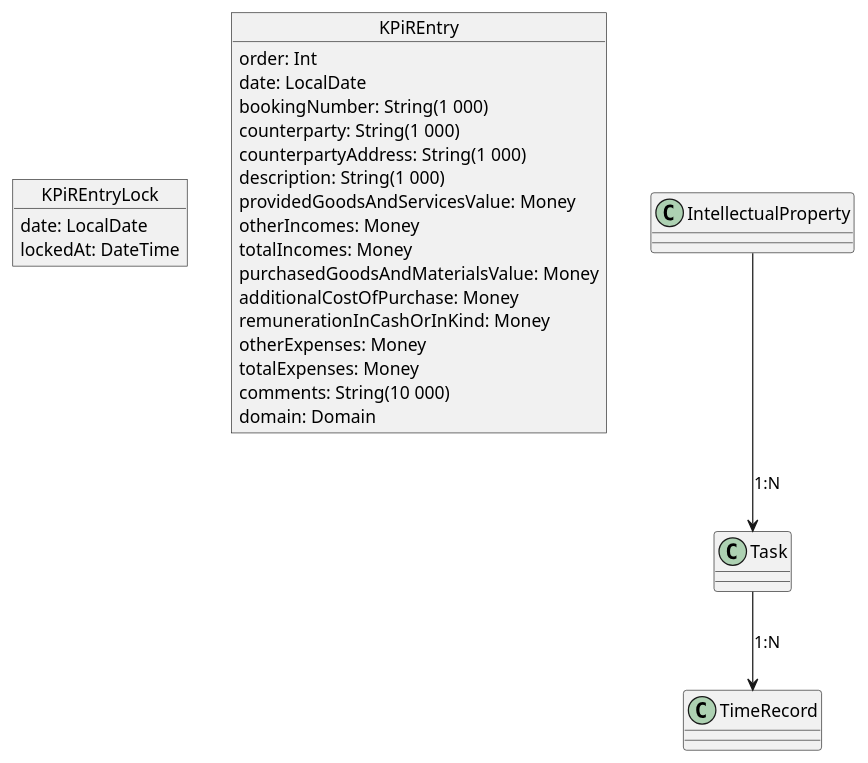
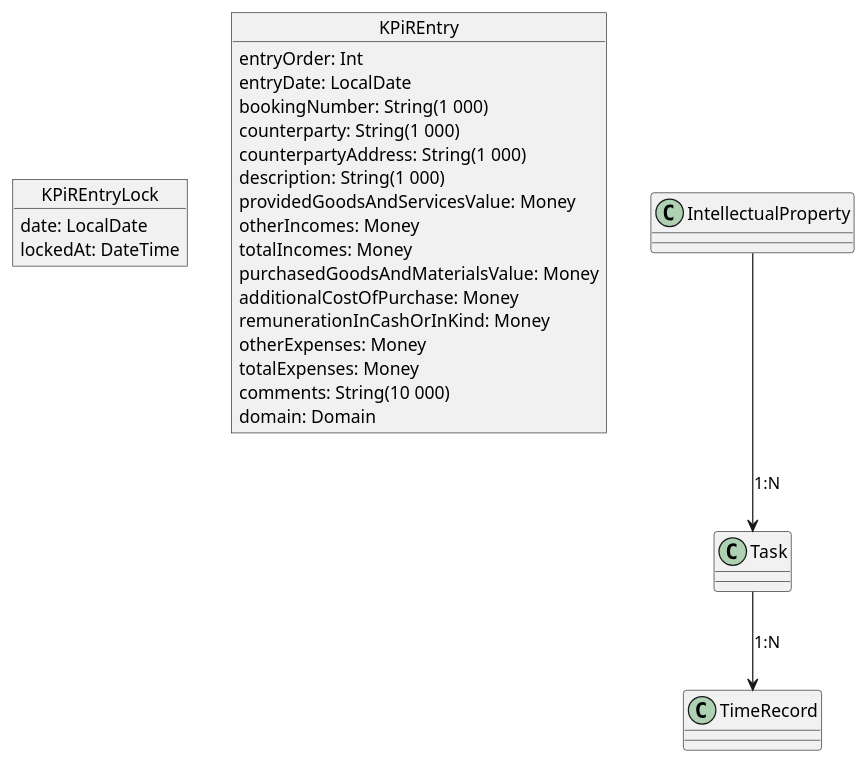
Before and after one commit to slawekgrzegorzewski/sg-server-app: the diagram in diagrams/kpir.puml, drawn with PlantUML. The commit also changed 71 other files, not shown here.

Commit message:
KPiREntry + jooq + graphql

```diff
--- a/diagrams/kpir.puml
+++ b/diagrams/kpir.puml
@@ -1,30 +1,30 @@
 @startuml
 
 object KPiREntryLock {
     date: LocalDate
     lockedAt: DateTime
 }
 
 object KPiREntry {
-    order: Int
-    date: LocalDate
+    entryOrder: Int
+    entryDate: LocalDate
     bookingNumber: String(1 000)
     counterparty: String(1 000)
     counterpartyAddress: String(1 000)
     description: String(1 000)
     providedGoodsAndServicesValue: Money
     otherIncomes: Money
     totalIncomes: Money
     purchasedGoodsAndMaterialsValue: Money
     additionalCostOfPurchase: Money
     remunerationInCashOrInKind: Money
     otherExpenses: Money
     totalExpenses: Money
     comments: String(10 000)
     domain: Domain
 }
 
 IntellectualProperty --> Task: 1:N
 Task --> TimeRecord: 1:N
 
-@enduml
+@endumlk
```
